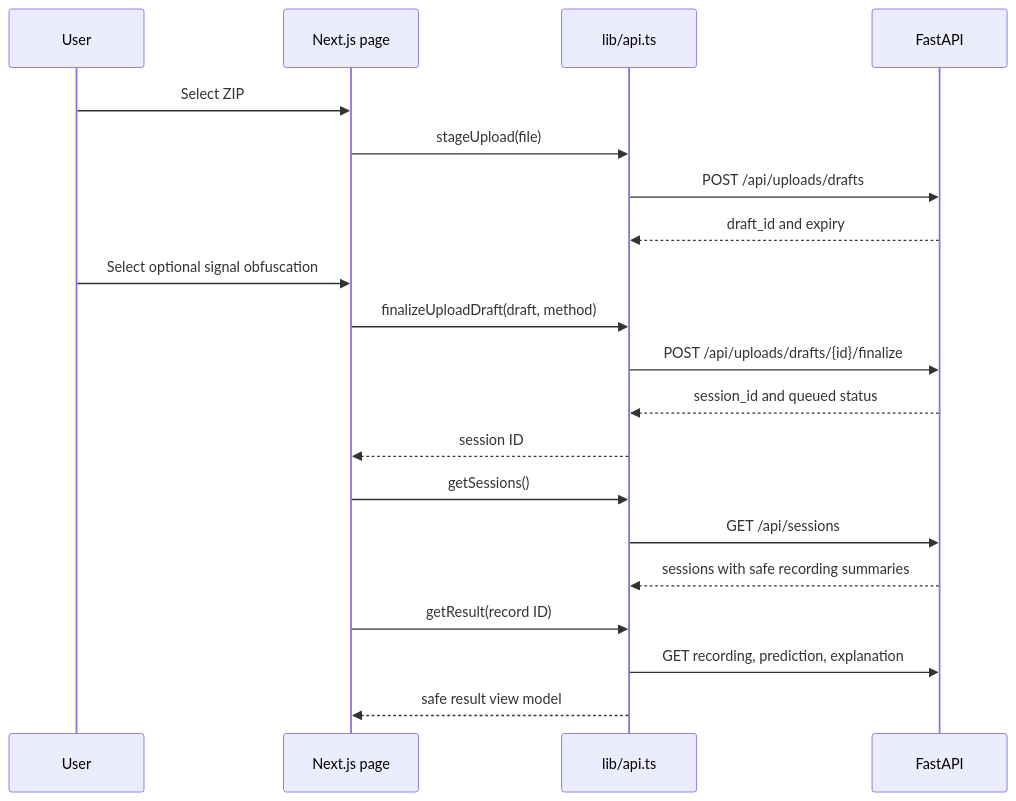
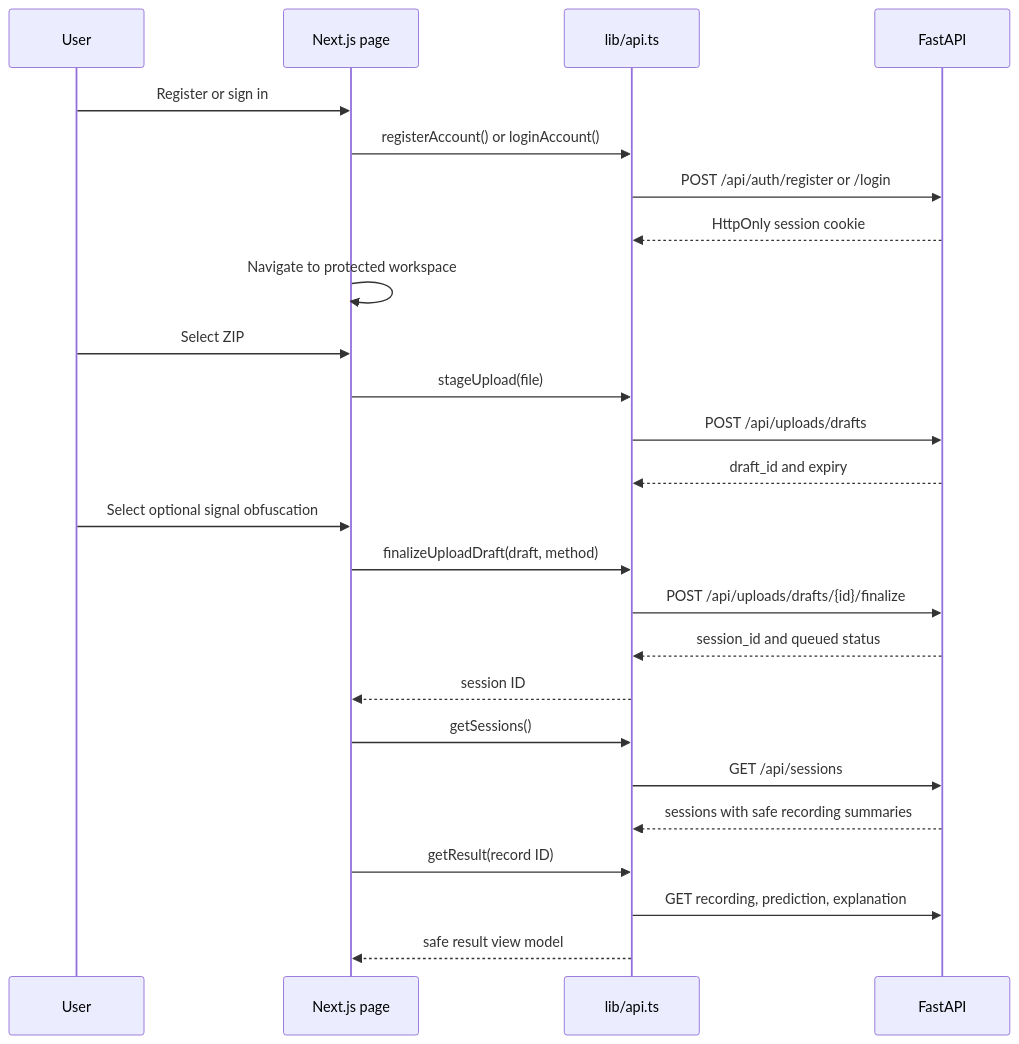
One commit to 4ffaad/FYP-MDS01 changed the third of 4 diagrams in docs/frontend.md. Above: the diagram before and after it, drawn with Mermaid. The commit also changed other lines of this file and 41 other files, not shown here.

````diff
--- a/docs/frontend.md
+++ b/docs/frontend.md
@@ -40,23 +43,28 @@
 ```mermaid
 sequenceDiagram
     participant User
     participant Page as Next.js page
     participant Adapter as lib/api.ts
     participant API as FastAPI
+    User->>Page: Register or sign in
+    Page->>Adapter: registerAccount() or loginAccount()
+    Adapter->>API: POST /api/auth/register or /login
+    API-->>Adapter: HttpOnly session cookie
+    Page->>Page: Navigate to protected workspace
 
     User->>Page: Select ZIP
     Page->>Adapter: stageUpload(file)
     Adapter->>API: POST /api/uploads/drafts
     API-->>Adapter: draft_id and expiry
     User->>Page: Select optional signal obfuscation
     Page->>Adapter: finalizeUploadDraft(draft, method)
     Adapter->>API: POST /api/uploads/drafts/{id}/finalize
     API-->>Adapter: session_id and queued status
     Adapter-->>Page: session ID
     Page->>Adapter: getSessions()
     Adapter->>API: GET /api/sessions
     API-->>Adapter: sessions with safe recording summaries
     Page->>Adapter: getResult(record ID)
     Adapter->>API: GET recording, prediction, explanation
     Adapter-->>Page: safe result view model
 ```
````
